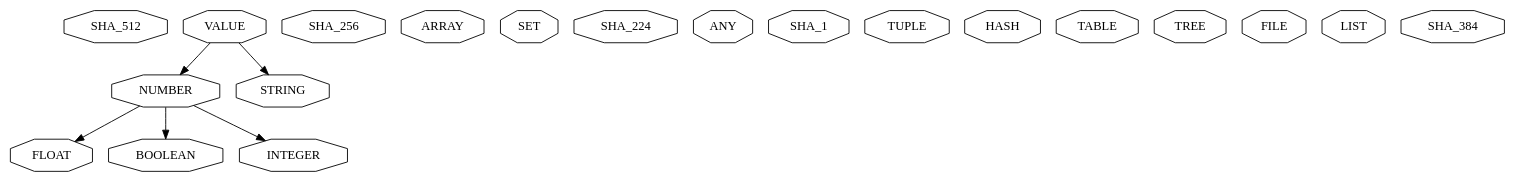
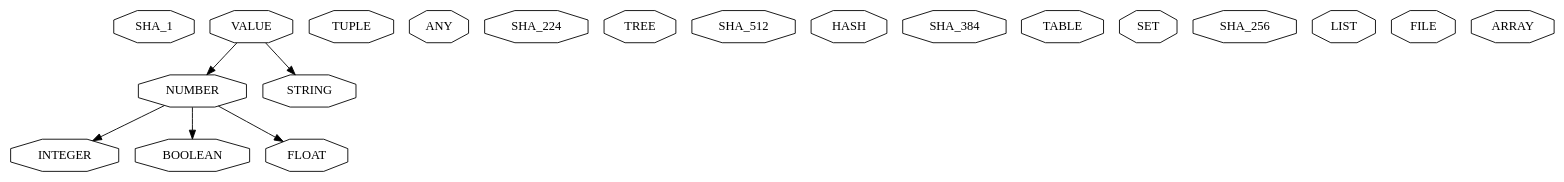
Before and after one commit to GaloisInc/hacrypto: the diagram in arch/hacrypto-iig.dot, drawn with Graphviz. The commit also changed other lines of this file and 3 other files, not shown here.

```diff
--- a/arch/hacrypto-iig.dot
+++ b/arch/hacrypto-iig.dot
@@ -1,32 +1,32 @@
 digraph "System: HACRYPTO_SYSTEM" {
 
 //Classes
+"SHA_1" [shape=octagon,comment="Class: SHA_1"];
+"INTEGER" [shape=octagon,comment="Class: INTEGER"];
+"TUPLE" [shape=octagon,comment="Class: TUPLE"];
+"ANY" [shape=octagon,comment="Class: ANY"];
+"BOOLEAN" [shape=octagon,comment="Class: BOOLEAN"];
+"SHA_224" [shape=octagon,comment="Class: SHA_224"];
+"TREE" [shape=octagon,comment="Class: TREE"];
 "SHA_512" [shape=octagon,comment="Class: SHA_512"];
 "NUMBER" [shape=octagon,comment="Class: NUMBER"];
+"HASH" [shape=octagon,comment="Class: HASH"];
+"SHA_384" [shape=octagon,comment="Class: SHA_384"];
+"TABLE" [shape=octagon,comment="Class: TABLE"];
+"SET" [shape=octagon,comment="Class: SET"];
 "FLOAT" [shape=octagon,comment="Class: FLOAT"];
 "SHA_256" [shape=octagon,comment="Class: SHA_256"];
+"VALUE" [shape=octagon,comment="Class: VALUE"];
+"LIST" [shape=octagon,comment="Class: LIST"];
+"FILE" [shape=octagon,comment="Class: FILE"];
 "ARRAY" [shape=octagon,comment="Class: ARRAY"];
-"SET" [shape=octagon,comment="Class: SET"];
-"SHA_224" [shape=octagon,comment="Class: SHA_224"];
-"VALUE" [shape=octagon,comment="Class: VALUE"];
-"ANY" [shape=octagon,comment="Class: ANY"];
-"SHA_1" [shape=octagon,comment="Class: SHA_1"];
-"BOOLEAN" [shape=octagon,comment="Class: BOOLEAN"];
-"TUPLE" [shape=octagon,comment="Class: TUPLE"];
-"HASH" [shape=octagon,comment="Class: HASH"];
-"TABLE" [shape=octagon,comment="Class: TABLE"];
 "STRING" [shape=octagon,comment="Class: STRING"];
-"TREE" [shape=octagon,comment="Class: TREE"];
-"FILE" [shape=octagon,comment="Class: FILE"];
-"LIST" [shape=octagon,comment="Class: LIST"];
-"SHA_384" [shape=octagon,comment="Class: SHA_384"];
-"INTEGER" [shape=octagon,comment="Class: INTEGER"];
 
 //Class inheritance links
 "VALUE" -> "NUMBER";
 "NUMBER" -> "BOOLEAN";
 "NUMBER" -> "INTEGER";
 "NUMBER" -> "FLOAT";
 "VALUE" -> "STRING";
 
 }
```
